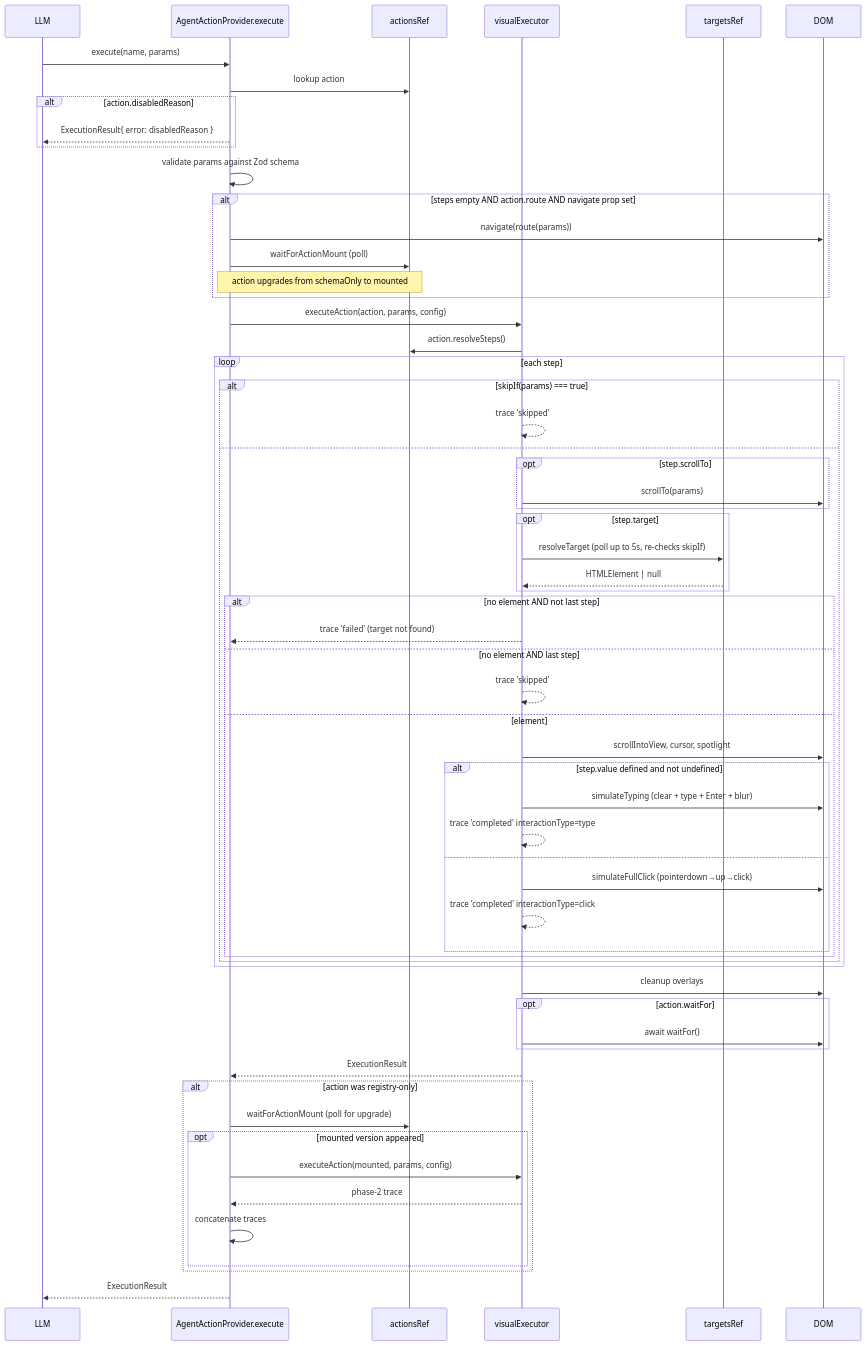
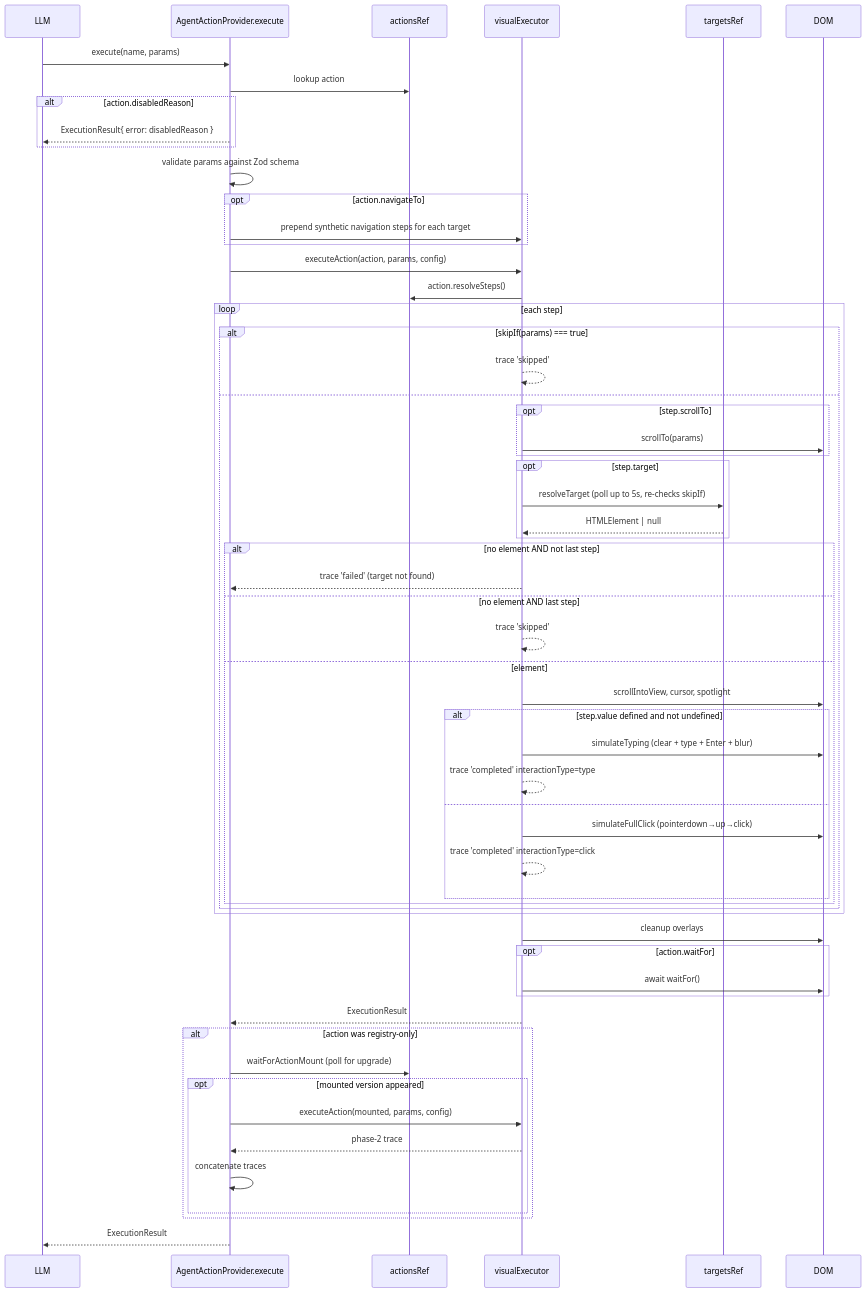
The fifth of 6 diagrams in docs/architecture.md (myDataValue/polter), drawn with Mermaid before and after one commit. The commit also changed other lines of this file and 1 other file, not shown here.

````diff
--- a/docs/architecture.md
+++ b/docs/architecture.md
@@ -203,64 +203,62 @@
 ```mermaid
 sequenceDiagram
   participant LLM
   participant Provider as AgentActionProvider.execute
   participant ActionsRef as actionsRef
   participant Exec as visualExecutor
   participant Targets as targetsRef
   participant DOM
 
   LLM->>Provider: execute(name, params)
   Provider->>ActionsRef: lookup action
   alt action.disabledReason
     Provider-->>LLM: ExecutionResult{ error: disabledReason }
   end
   Provider->>Provider: validate params against Zod schema
-  alt steps empty AND action.route AND navigate prop set
-    Provider->>DOM: navigate(route(params))
-    Provider->>ActionsRef: waitForActionMount (poll)
-    Note over Provider,ActionsRef: action upgrades from schemaOnly to mounted
+  opt action.navigateTo
+    Provider->>Exec: prepend synthetic navigation steps for each target
   end
   Provider->>Exec: executeAction(action, params, config)
   Exec->>ActionsRef: action.resolveSteps()
   loop each step
     alt skipIf(params) === true
       Exec-->>Exec: trace 'skipped'
     else
       opt step.scrollTo
         Exec->>DOM: scrollTo(params)
       end
       opt step.target
         Exec->>Targets: resolveTarget (poll up to 5s, re-checks skipIf)
         Targets-->>Exec: HTMLElement | null
       end
       alt no element AND not last step
         Exec-->>Provider: trace 'failed' (target not found)
       else no element AND last step
         Exec-->>Exec: trace 'skipped'
       else element
         Exec->>DOM: scrollIntoView, cursor, spotlight
         alt step.value defined and not undefined
           Exec->>DOM: simulateTyping (clear + type + Enter + blur)
           Exec-->>Exec: trace 'completed' interactionType=type
         else
           Exec->>DOM: simulateFullClick (pointerdown→up→click)
           Exec-->>Exec: trace 'completed' interactionType=click
         end
       end
     end
   end
   Exec->>DOM: cleanup overlays
   opt action.waitFor
     Exec->>DOM: await waitFor()
   end
   Exec-->>Provider: ExecutionResult
   alt action was registry-only
     Provider->>ActionsRef: waitForActionMount (poll for upgrade)
     opt mounted version appeared
       Provider->>Exec: executeAction(mounted, params, config)
       Exec-->>Provider: phase-2 trace
       Provider->>Provider: concatenate traces
     end
   end
   Provider-->>LLM: ExecutionResult
 ```
````
